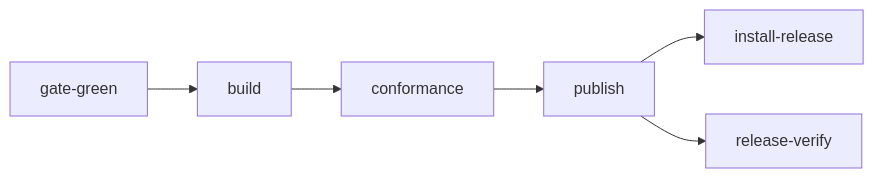
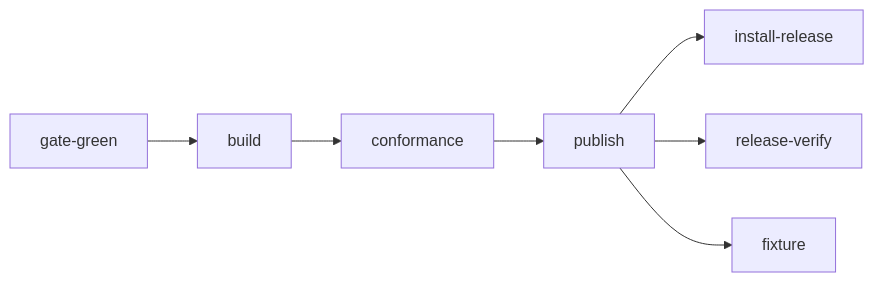
One commit to latere-ai/lux changed the diagram in specs/017-release-and-installation.md. Above: the diagram before and after it, drawn with Mermaid. The commit also changed other lines of this file and 2 other files, not shown here.

````diff
--- a/specs/017-release-and-installation.md
+++ b/specs/017-release-and-installation.md
@@ -91,8 +124,9 @@
 ```mermaid
 flowchart LR
   G[gate-green] --> B[build]
   B --> C[conformance]
   C --> P[publish]
   P --> I[install-release]
   P --> V[release-verify]
+  P --> F[fixture]
 ```
````
